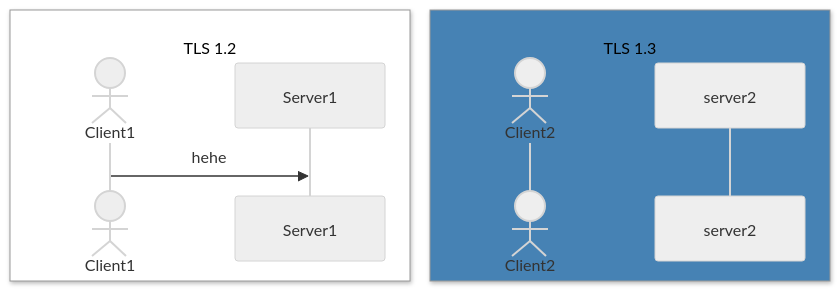
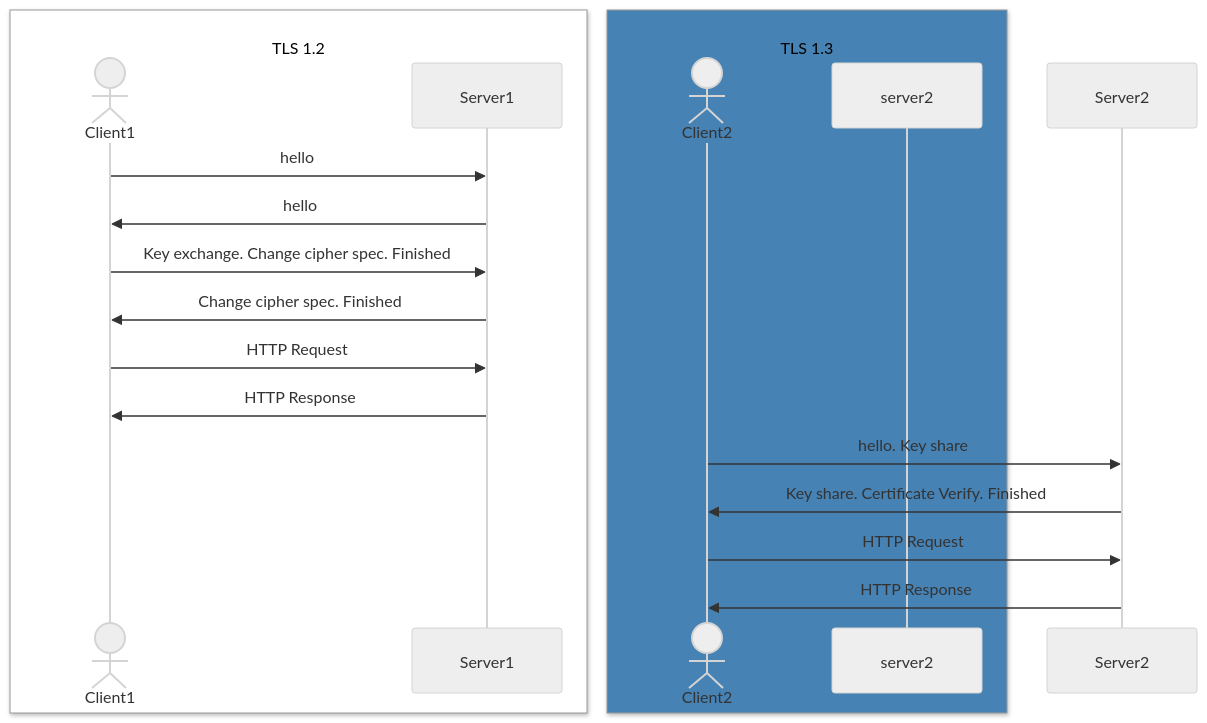
The third of 3 diagrams in tls_1.3.md (jtaverne/ovh), drawn with Mermaid before and after one commit.

````diff
--- a/tls_1.3.md
+++ b/tls_1.3.md
@@ -37,13 +37,25 @@
 ```mermaid
 %%{init: {'theme': 'neutral' } }%%
 sequenceDiagram
     box White <br/>TLS 1.2
     actor Client1
     participant Server1
     end
     box SteelBlue <br/>TLS 1.3
     actor Client2
     participant server2
     end
-Client1 ->> Server1 : hehe
+
+Client1 ->> Server1 : hello
+Server1 ->> Client1 : hello
+Client1 ->> Server1 : Key exchange. Change cipher spec. Finished
+Server1 ->> Client1 : Change cipher spec. Finished
+Client1 ->> Server1 : HTTP Request
+Server1 ->> Client1 : HTTP Response
+
+Client2 ->> Server2 : hello. Key share
+Server2 ->> Client2 : Key share. Certificate Verify. Finished
+Client2 ->> Server2 : HTTP Request
+Server2 ->> Client2 : HTTP Response
+
 ```
````
